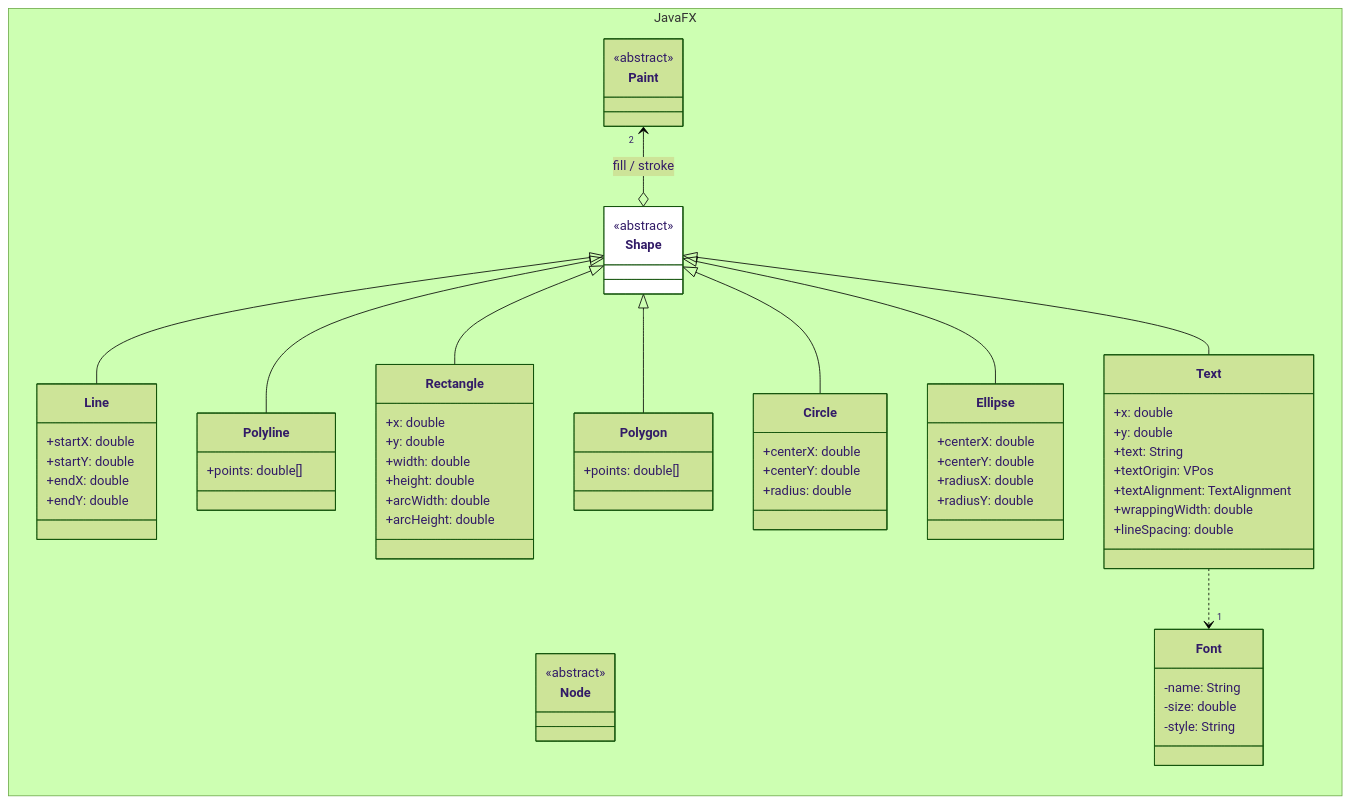
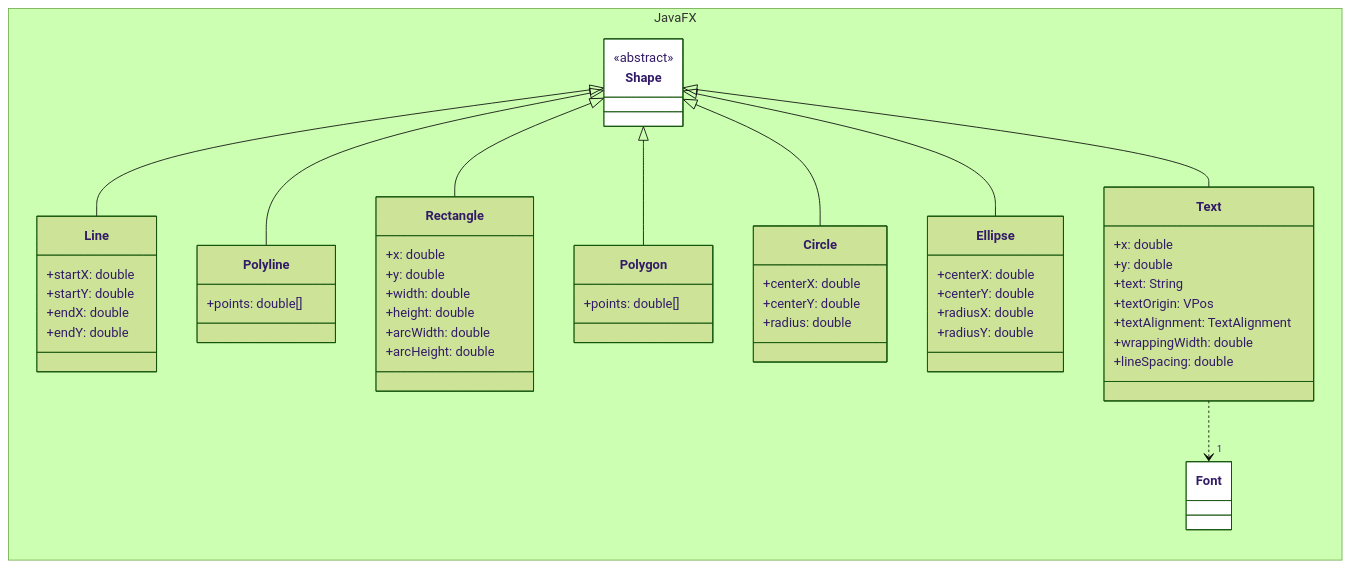
One commit to ghackenberg/kurs-java-programmierung changed the diagram in Grafiken/JavaFX/Shape.mmd. Above: the diagram before and after it, drawn with Mermaid (forest theme). The commit also changed 12 other files, not shown here.

Commit message:
work on class diagrams

```diff
--- a/Grafiken/JavaFX/Shape.mmd
+++ b/Grafiken/JavaFX/Shape.mmd
@@ -1,89 +1,78 @@
 classDiagram
 
     direction LR
 
     namespace JavaFX {
-
-        class Node {
-            <<abstract>>
-        }
-
-        class Paint {
-            <<abstract>>
-        }
 
         class Shape {
             <<abstract>>
         }
 
         class Line {
             +startX: double
             +startY: double
             +endX: double
             +endY: double
         }
 
         class Polyline {
             +points: double[]
         }
 
         class Rectangle {
             +x: double
             +y: double
             +width: double
             +height: double
             +arcWidth: double
             +arcHeight: double
         }
 
         class Polygon {
             +points: double[]
         }
 
         class Circle {
             +centerX: double
             +centerY: double
             +radius: double
         }
 
         class Ellipse {
             +centerX: double
             +centerY: double
             +radiusX: double
             +radiusY: double
         }
         
         class Text {
             +x: double
             +y: double
             +text: String
             +textOrigin: VPos
             +textAlignment: TextAlignment
             +wrappingWidth: double
             +lineSpacing: double
         }
 
         class Font {
-            -name: String
-            -size: double
-            -style: String
         }
 
     }
-
-    Paint "2"<--o Shape: fill / stroke
 
     Shape <|-- Line
     Shape <|-- Polyline
     
     Shape <|-- Rectangle
     Shape <|-- Polygon
     
     Shape <|-- Circle
     Shape <|-- Ellipse
 
     Shape <|-- Text
 
     Text ..>"1" Font
 
     style Shape fill:white
+    style Paint fill:white
+    style Font fill:white
```
